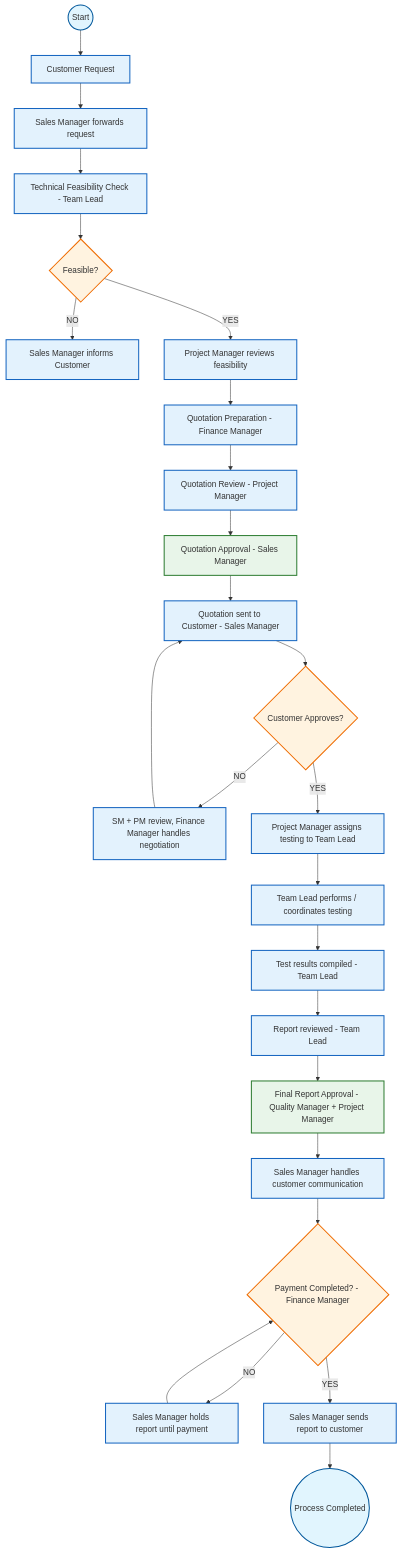
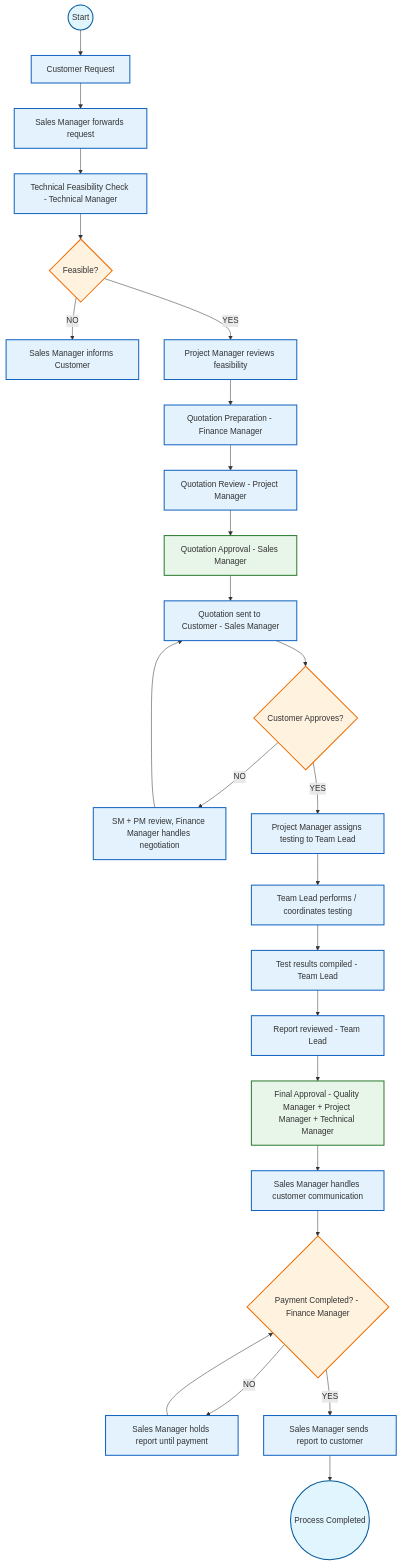
One commit to Parag-MTechLink/LMS_Backup changed the diagram in docs/workflow_diagram.md. Above: the diagram before and after it, drawn with Mermaid. The commit also changed other lines of this file and 24 other files, not shown here.

````diff
--- a/docs/workflow_diagram.md
+++ b/docs/workflow_diagram.md
@@ -5,64 +5,64 @@
 ```mermaid
 graph TD
     %% Node Styles
     classDef start_end fill:#e1f5fe,stroke:#01579b,stroke-width:2px,rx:10,ry:10;
     classDef process fill:#e3f2fd,stroke:#1565c0,stroke-width:2px;
     classDef decision fill:#fff3e0,stroke:#ef6c00,stroke-width:2px;
     classDef approval fill:#e8f5e9,stroke:#2e7d32,stroke-width:2px;
 
     Start((Start)):::start_end
     CustomerRequest[Customer Request]:::process
     SalesForward[Sales Manager forwards request]:::process
-    TechCheck[Technical Feasibility Check - Team Lead]:::process
+    TechCheck[Technical Feasibility Check - Technical Manager]:::process
     Feasible{Feasible?}:::decision
     InformCustomer[Sales Manager informs Customer]:::process
     PMReview[Project Manager reviews feasibility]:::process
     QuotePrep[Quotation Preparation - Finance Manager]:::process
     QuoteReview[Quotation Review - Project Manager]:::process
     QuoteApproval[Quotation Approval - Sales Manager]:::approval
     SendQuote[Quotation sent to Customer - Sales Manager]:::process
     CustomerApprove{Customer Approves?}:::decision
     Negotiation[SM + PM review, Finance Manager handles negotiation]:::process
     AssignTesting[Project Manager assigns testing to Team Lead]:::process
     PerformTesting[Team Lead performs / coordinates testing]:::process
     CompileResults[Test results compiled - Team Lead]:::process
     ReviewReport[Report reviewed - Team Lead]:::process
-    FinalApproval[Final Report Approval - Quality Manager + Project Manager]:::approval
+    FinalApproval[Final Approval - Quality Manager + Project Manager + Technical Manager]:::approval
     CustComm[Sales Manager handles customer communication]:::process
     PaymentDone{Payment Completed? - Finance Manager}:::decision
     HoldReport[Sales Manager holds report until payment]:::process
     SendReport[Sales Manager sends report to customer]:::process
     End((Process Completed)):::start_end
 
     %% Flow
     Start --> CustomerRequest
     CustomerRequest --> SalesForward
     SalesForward --> TechCheck
     TechCheck --> Feasible
     
     Feasible -- NO --> InformCustomer
     Feasible -- YES --> PMReview
     
     PMReview --> QuotePrep
     QuotePrep --> QuoteReview
     QuoteReview --> QuoteApproval
     QuoteApproval --> SendQuote
     SendQuote --> CustomerApprove
     
     CustomerApprove -- NO --> Negotiation
     Negotiation --> SendQuote
     
     CustomerApprove -- YES --> AssignTesting
     AssignTesting --> PerformTesting
     PerformTesting --> CompileResults
     CompileResults --> ReviewReport
     ReviewReport --> FinalApproval
     FinalApproval --> CustComm
     CustComm --> PaymentDone
     
     PaymentDone -- NO --> HoldReport
     HoldReport --> PaymentDone
     
     PaymentDone -- YES --> SendReport
     SendReport --> End
 ```
````
